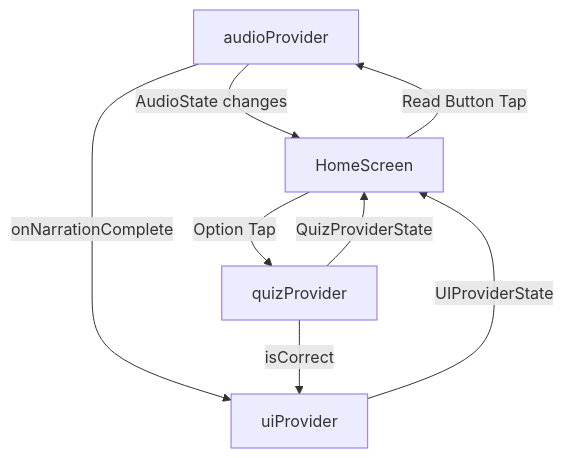
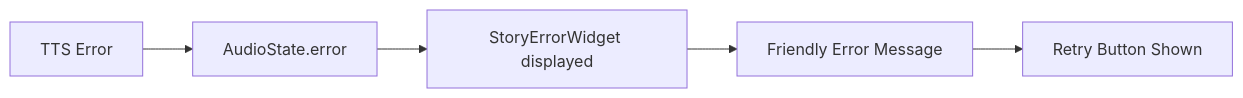
The first of 4 diagrams in README.md (pranay-spec/Peblo-Story-Tales), drawn with Mermaid before and after one commit.

Commit message:
Fix Mermaid block

````diff
--- a/README.md
+++ b/README.md
@@ -158,12 +158,7 @@
 ```mermaid
-graph TD
-    A[audioProvider] -->|AudioState changes| D[HomeScreen]
-    B[quizProvider] -->|QuizProviderState| D
-    C[uiProvider] -->|UIProviderState| D
-    
-    A -->|onNarrationComplete| C
-    B -->|isCorrect| C
-    
-    D -->|Read Button Tap| A
-    D -->|Option Tap| B
+graph LR
+A[TTS Error] --> B[AudioState.error]
+B --> C[StoryErrorWidget displayed]
+C --> D[Friendly Error Message]
+D --> E[Retry Button Shown]
 ```
````
